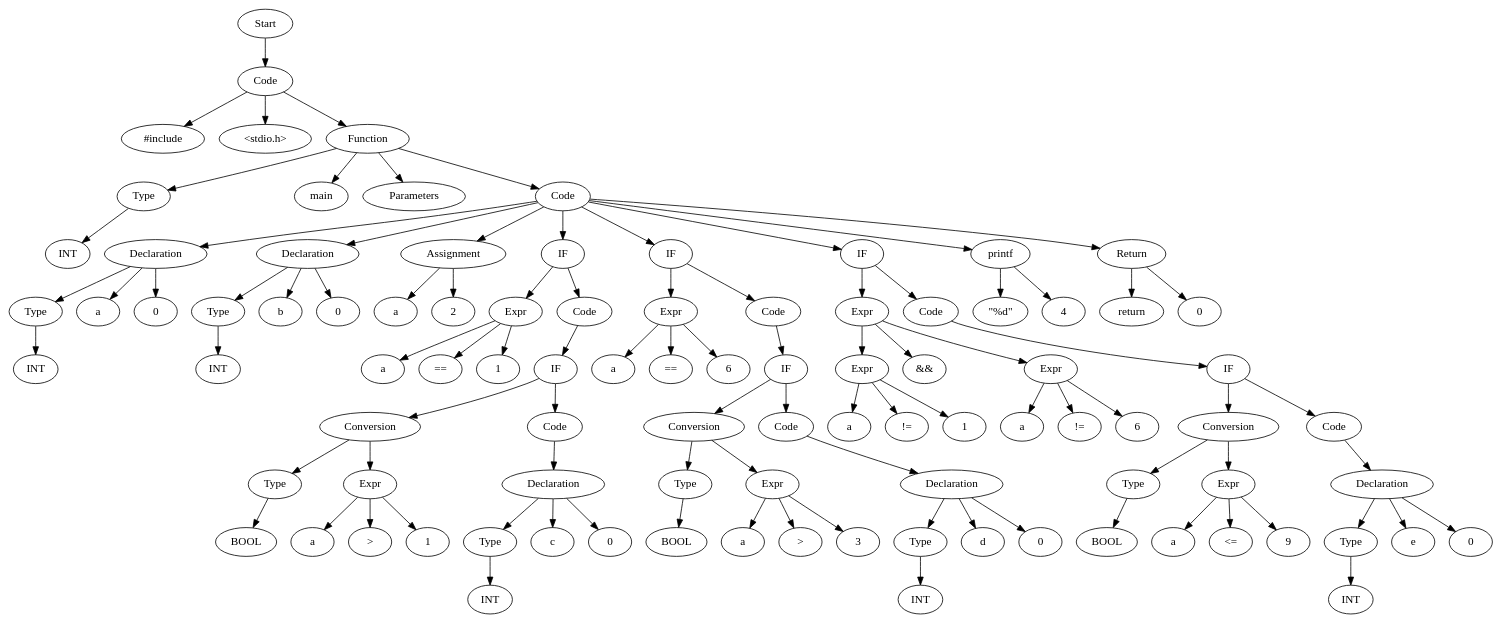
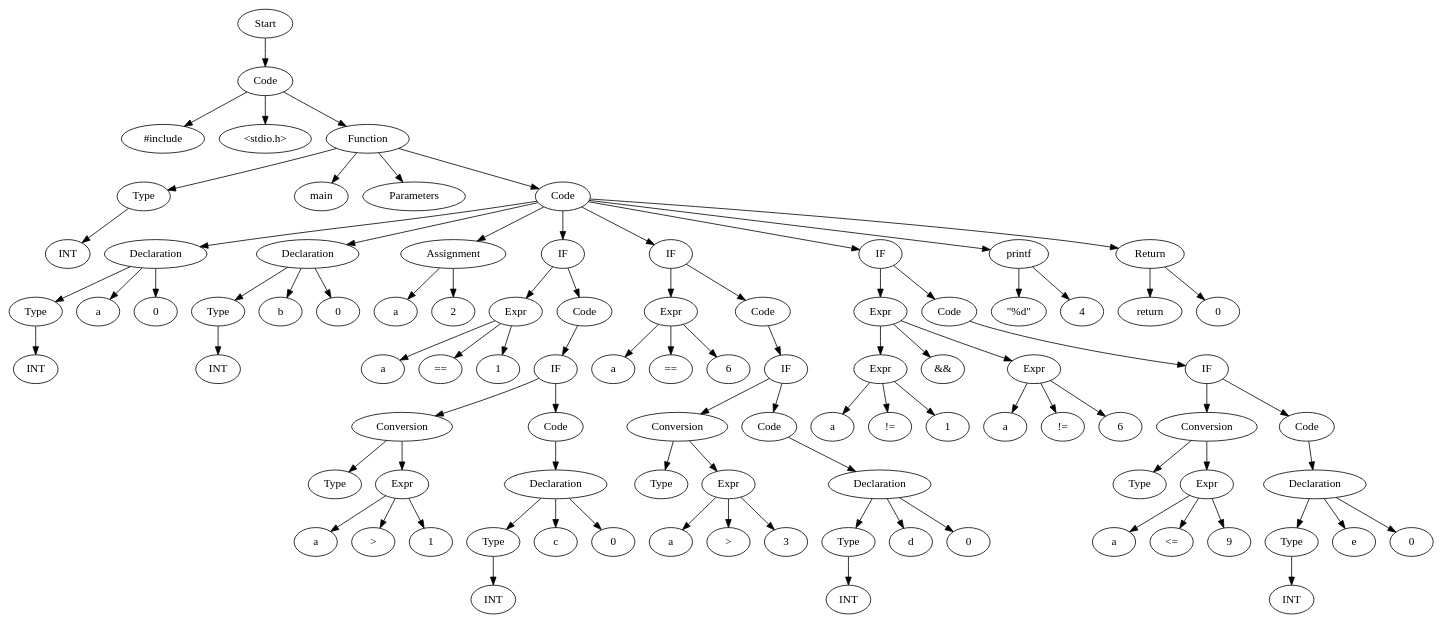
One commit to Are-you-listening/Compilers changed the diagram in TestCases/ASTTests/SwitchTests/createTests/read_file_after.dot. Above: the diagram before and after it, drawn with Graphviz. The commit also changed 165 other files, not shown here.

```diff
--- a/TestCases/ASTTests/SwitchTests/createTests/read_file_after.dot
+++ b/TestCases/ASTTests/SwitchTests/createTests/read_file_after.dot
@@ -1,191 +1,185 @@
 digraph AST {
-  "127171274178224" [label="Start"];
-  "127171274178224" -> "127171274337600";
-  "127171274337600" [label="Code"];
-  "127171274337600" -> "127171274335248";
-  "127171274337600" -> "127171274329200";
-  "127171274337600" -> "127171274331504";
-  "127171274335248" [label="#include"];
-  "127171274329200" [label="<stdio.h>"];
-  "127171274331504" [label="Function"];
-  "127171274331504" -> "127171274331120";
-  "127171274331504" -> "127171274330352";
-  "127171274331504" -> "127171274337984";
-  "127171274331504" -> "127171274333136";
-  "127171274331120" [label="Type"];
-  "127171274331120" -> "127171274336544";
-  "127171274336544" [label="INT"];
-  "127171274330352" [label="main"];
-  "127171274337984" [label="Parameters"];
-  "127171274333136" [label="Code"];
-  "127171274333136" -> "127171274336592";
-  "127171274333136" -> "127171274342112";
-  "127171274333136" -> "127171274331312";
-  "127171274333136" -> "127171274340096";
-  "127171274333136" -> "127171274328576";
-  "127171274333136" -> "127171274408432";
-  "127171274333136" -> "127171274418416";
-  "127171274333136" -> "127171274420720";
-  "127171274336592" [label="Declaration"];
-  "127171274336592" -> "127171274332704";
-  "127171274336592" -> "127171274336976";
-  "127171274336592" -> "127171274335632";
-  "127171274332704" [label="Type"];
-  "127171274332704" -> "127171274326272";
-  "127171274326272" [label="INT"];
-  "127171274336976" [label="a"];
-  "127171274335632" [label="0"];
-  "127171274342112" [label="Declaration"];
-  "127171274342112" -> "127171274342016";
-  "127171274342112" -> "127171274329392";
-  "127171274342112" -> "127171274331360";
-  "127171274342016" [label="Type"];
-  "127171274342016" -> "127171274338704";
-  "127171274338704" [label="INT"];
-  "127171274329392" [label="b"];
-  "127171274331360" [label="0"];
-  "127171274331312" [label="Assignment"];
-  "127171274331312" -> "127171274326560";
-  "127171274331312" -> "127171274327136";
-  "127171274326560" [label="a"];
-  "127171274327136" [label="2"];
-  "127171274340096" [label="IF"];
-  "127171274340096" -> "127171274339808";
-  "127171274340096" -> "127171274338848";
-  "127171274339808" [label="Expr"];
-  "127171274339808" -> "127171274331216";
-  "127171274339808" -> "127171274326896";
-  "127171274339808" -> "127171274338800";
-  "127171274331216" [label="a"];
-  "127171274326896" [label="=="];
-  "127171274338800" [label="1"];
-  "127171274338848" [label="Code"];
-  "127171274338848" -> "127171274328432";
-  "127171274328432" [label="IF"];
-  "127171274328432" -> "127171274338896";
-  "127171274328432" -> "127171274335488";
-  "127171274338896" [label="Conversion"];
-  "127171274338896" -> "127171274326656";
-  "127171274338896" -> "127171274336304";
-  "127171274326656" [label="Type"];
-  "127171274326656" -> "127171274330304";
-  "127171274330304" [label="BOOL"];
-  "127171274336304" [label="Expr"];
-  "127171274336304" -> "127171274338032";
-  "127171274336304" -> "127171274335584";
-  "127171274336304" -> "127171274334048";
-  "127171274338032" [label="a"];
-  "127171274335584" [label=">"];
-  "127171274334048" [label="1"];
-  "127171274335488" [label="Code"];
-  "127171274335488" -> "127171274329104";
-  "127171274329104" [label="Declaration"];
-  "127171274329104" -> "127171274416592";
-  "127171274329104" -> "127171274416400";
-  "127171274329104" -> "127171274416160";
-  "127171274416592" [label="Type"];
-  "127171274416592" -> "127171274416496";
-  "127171274416496" [label="INT"];
-  "127171274416400" [label="c"];
-  "127171274416160" [label="0"];
-  "127171274328576" [label="IF"];
-  "127171274328576" -> "127171274416064";
-  "127171274328576" -> "127171274411792";
-  "127171274416064" [label="Expr"];
-  "127171274416064" -> "127171274414768";
-  "127171274416064" -> "127171274415920";
-  "127171274416064" -> "127171274410880";
-  "127171274414768" [label="a"];
-  "127171274415920" [label="=="];
-  "127171274410880" [label="6"];
-  "127171274411792" [label="Code"];
-  "127171274411792" -> "127171274410064";
-  "127171274410064" [label="IF"];
-  "127171274410064" -> "127171274408240";
-  "127171274410064" -> "127171274412416";
-  "127171274408240" [label="Conversion"];
-  "127171274408240" -> "127171274413904";
-  "127171274408240" -> "127171274410304";
-  "127171274413904" [label="Type"];
-  "127171274413904" -> "127171274413808";
-  "127171274413808" [label="BOOL"];
-  "127171274410304" [label="Expr"];
-  "127171274410304" -> "127171274410208";
-  "127171274410304" -> "127171274412944";
-  "127171274410304" -> "127171274412752";
-  "127171274410208" [label="a"];
-  "127171274412944" [label=">"];
-  "127171274412752" [label="3"];
-  "127171274412416" [label="Code"];
-  "127171274412416" -> "127171274412128";
-  "127171274412128" [label="Declaration"];
-  "127171274412128" -> "127171274411312";
-  "127171274412128" -> "127171274409104";
-  "127171274412128" -> "127171274413328";
-  "127171274411312" [label="Type"];
-  "127171274411312" -> "127171274409152";
-  "127171274409152" [label="INT"];
-  "127171274409104" [label="d"];
-  "127171274413328" [label="0"];
-  "127171274408432" [label="IF"];
-  "127171274408432" -> "127171274413280";
-  "127171274408432" -> "127171274418176";
-  "127171274413280" [label="Expr"];
-  "127171274413280" -> "127171274411552";
-  "127171274413280" -> "127171274417504";
-  "127171274413280" -> "127171274417648";
-  "127171274411552" [label="Expr"];
-  "127171274411552" -> "127171274415824";
-  "127171274411552" -> "127171274417264";
-  "127171274411552" -> "127171274417408";
-  "127171274415824" [label="a"];
-  "127171274417264" [label="!="];
-  "127171274417408" [label="1"];
-  "127171274417504" [label="&&"];
-  "127171274417648" [label="Expr"];
-  "127171274417648" -> "127171274417840";
-  "127171274417648" -> "127171274417984";
-  "127171274417648" -> "127171274418128";
-  "127171274417840" [label="a"];
-  "127171274417984" [label="!="];
-  "127171274418128" [label="6"];
-  "127171274418176" [label="Code"];
-  "127171274418176" -> "127171274418368";
-  "127171274418368" [label="IF"];
-  "127171274418368" -> "127171274418560";
-  "127171274418368" -> "127171274419568";
-  "127171274418560" [label="Conversion"];
-  "127171274418560" -> "127171274418752";
-  "127171274418560" -> "127171274419040";
-  "127171274418752" [label="Type"];
-  "127171274418752" -> "127171274418944";
-  "127171274418944" [label="BOOL"];
-  "127171274419040" [label="Expr"];
-  "127171274419040" -> "127171274419232";
-  "127171274419040" -> "127171274419376";
-  "127171274419040" -> "127171274419520";
-  "127171274419232" [label="a"];
-  "127171274419376" [label="<="];
-  "127171274419520" [label="9"];
-  "127171274419568" [label="Code"];
-  "127171274419568" -> "127171274419760";
-  "127171274419760" [label="Declaration"];
-  "127171274419760" -> "127171274419952";
-  "127171274419760" -> "127171274420240";
-  "127171274419760" -> "127171274420384";
-  "127171274419952" [label="Type"];
-  "127171274419952" -> "127171274420144";
-  "127171274420144" [label="INT"];
-  "127171274420240" [label="e"];
-  "127171274420384" [label="0"];
-  "127171274418416" [label="printf"];
-  "127171274418416" -> "127171274420480";
-  "127171274418416" -> "127171274420624";
-  "127171274420480" [label="\"%d\""];
-  "127171274420624" [label="4"];
-  "127171274420720" [label="Return"];
-  "127171274420720" -> "127171274420912";
-  "127171274420720" -> "127171274421056";
-  "127171274420912" [label="return"];
-  "127171274421056" [label="0"];
+  "137831144207888" [label="Start"];
+  "137831144207888" -> "137831144386192";
+  "137831144386192" [label="Code"];
+  "137831144386192" -> "137831144386384";
+  "137831144386192" -> "137831144384464";
+  "137831144386192" -> "137831144387584";
+  "137831144386384" [label="#include"];
+  "137831144384464" [label="<stdio.h>"];
+  "137831144387584" [label="Function"];
+  "137831144387584" -> "137831144376352";
+  "137831144387584" -> "137831144385616";
+  "137831144387584" -> "137831144380240";
+  "137831144387584" -> "137831144388976";
+  "137831144376352" [label="Type"];
+  "137831144376352" -> "137831144377504";
+  "137831144377504" [label="INT"];
+  "137831144385616" [label="main"];
+  "137831144380240" [label="Parameters"];
+  "137831144388976" [label="Code"];
+  "137831144388976" -> "137831144390608";
+  "137831144388976" -> "137831144377216";
+  "137831144388976" -> "137831144375920";
+  "137831144388976" -> "137831144377648";
+  "137831144388976" -> "137831144491424";
+  "137831144388976" -> "137831144491232";
+  "137831144388976" -> "137831144504720";
+  "137831144388976" -> "137831144501792";
+  "137831144390608" [label="Declaration"];
+  "137831144390608" -> "137831144384944";
+  "137831144390608" -> "137831144379088";
+  "137831144390608" -> "137831144389408";
+  "137831144384944" [label="Type"];
+  "137831144384944" -> "137831144382592";
+  "137831144382592" [label="INT"];
+  "137831144379088" [label="a"];
+  "137831144389408" [label="0"];
+  "137831144377216" [label="Declaration"];
+  "137831144377216" -> "137831144385040";
+  "137831144377216" -> "137831144374576";
+  "137831144377216" -> "137831144387344";
+  "137831144385040" [label="Type"];
+  "137831144385040" -> "137831144381200";
+  "137831144381200" [label="INT"];
+  "137831144374576" [label="b"];
+  "137831144387344" [label="0"];
+  "137831144375920" [label="Assignment"];
+  "137831144375920" -> "137831144375536";
+  "137831144375920" -> "137831144377072";
+  "137831144375536" [label="a"];
+  "137831144377072" [label="2"];
+  "137831144377648" [label="IF"];
+  "137831144377648" -> "137831144388304";
+  "137831144377648" -> "137831144390176";
+  "137831144388304" [label="Expr"];
+  "137831144388304" -> "137831144387680";
+  "137831144388304" -> "137831144377744";
+  "137831144388304" -> "137831144375248";
+  "137831144387680" [label="a"];
+  "137831144377744" [label="=="];
+  "137831144375248" [label="1"];
+  "137831144390176" [label="Code"];
+  "137831144390176" -> "137831144491328";
+  "137831144491328" [label="IF"];
+  "137831144491328" -> "137831144496176";
+  "137831144491328" -> "137831144493440";
+  "137831144496176" [label="Conversion"];
+  "137831144496176" -> "137831144495360";
+  "137831144496176" -> "137831144491760";
+  "137831144495360" [label="Type"];
+  "137831144491760" [label="Expr"];
+  "137831144491760" -> "137831144490992";
+  "137831144491760" -> "137831144490800";
+  "137831144491760" -> "137831144493536";
+  "137831144490992" [label="a"];
+  "137831144490800" [label=">"];
+  "137831144493536" [label="1"];
+  "137831144493440" [label="Code"];
+  "137831144493440" -> "137831144499104";
+  "137831144499104" [label="Declaration"];
+  "137831144499104" -> "137831144495552";
+  "137831144499104" -> "137831144498048";
+  "137831144499104" -> "137831144495984";
+  "137831144495552" [label="Type"];
+  "137831144495552" -> "137831144498096";
+  "137831144498096" [label="INT"];
+  "137831144498048" [label="c"];
+  "137831144495984" [label="0"];
+  "137831144491424" [label="IF"];
+  "137831144491424" -> "137831144492816";
+  "137831144491424" -> "137831144496416";
+  "137831144492816" [label="Expr"];
+  "137831144492816" -> "137831144497472";
+  "137831144492816" -> "137831144489792";
+  "137831144492816" -> "137831144489600";
+  "137831144497472" [label="a"];
+  "137831144489792" [label="=="];
+  "137831144489600" [label="6"];
+  "137831144496416" [label="Code"];
+  "137831144496416" -> "137831144491280";
+  "137831144491280" [label="IF"];
+  "137831144491280" -> "137831144496800";
+  "137831144491280" -> "137831144497568";
+  "137831144496800" [label="Conversion"];
+  "137831144496800" -> "137831144493680";
+  "137831144496800" -> "137831144499296";
+  "137831144493680" [label="Type"];
+  "137831144499296" [label="Expr"];
+  "137831144499296" -> "137831144498288";
+  "137831144499296" -> "137831144493152";
+  "137831144499296" -> "137831144497712";
+  "137831144498288" [label="a"];
+  "137831144493152" [label=">"];
+  "137831144497712" [label="3"];
+  "137831144497568" [label="Code"];
+  "137831144497568" -> "137831144494544";
+  "137831144494544" [label="Declaration"];
+  "137831144494544" -> "137831144492336";
+  "137831144494544" -> "137831144502800";
+  "137831144494544" -> "137831144502944";
+  "137831144492336" [label="Type"];
+  "137831144492336" -> "137831144502704";
+  "137831144502704" [label="INT"];
+  "137831144502800" [label="d"];
+  "137831144502944" [label="0"];
+  "137831144491232" [label="IF"];
+  "137831144491232" -> "137831144503040";
+  "137831144491232" -> "137831144504480";
+  "137831144503040" [label="Expr"];
+  "137831144503040" -> "137831144503232";
+  "137831144503040" -> "137831144503808";
+  "137831144503040" -> "137831144503952";
+  "137831144503232" [label="Expr"];
+  "137831144503232" -> "137831144503424";
+  "137831144503232" -> "137831144503568";
+  "137831144503232" -> "137831144503712";
+  "137831144503424" [label="a"];
+  "137831144503568" [label="!="];
+  "137831144503712" [label="1"];
+  "137831144503808" [label="&&"];
+  "137831144503952" [label="Expr"];
+  "137831144503952" -> "137831144504144";
+  "137831144503952" -> "137831144504288";
+  "137831144503952" -> "137831144504432";
+  "137831144504144" [label="a"];
+  "137831144504288" [label="!="];
+  "137831144504432" [label="6"];
+  "137831144504480" [label="Code"];
+  "137831144504480" -> "137831144504672";
+  "137831144504672" [label="IF"];
+  "137831144504672" -> "137831144504864";
+  "137831144504672" -> "137831144636960";
+  "137831144504864" [label="Conversion"];
+  "137831144504864" -> "137831144505152";
+  "137831144504864" -> "137831144505296";
+  "137831144505152" [label="Type"];
+  "137831144505296" [label="Expr"];
+  "137831144505296" -> "137831144636624";
+  "137831144505296" -> "137831144636768";
+  "137831144505296" -> "137831144636912";
+  "137831144636624" [label="a"];
+  "137831144636768" [label="<="];
+  "137831144636912" [label="9"];
+  "137831144636960" [label="Code"];
+  "137831144636960" -> "137831144637152";
+  "137831144637152" [label="Declaration"];
+  "137831144637152" -> "137831144637344";
+  "137831144637152" -> "137831144637632";
+  "137831144637152" -> "137831144637776";
+  "137831144637344" [label="Type"];
+  "137831144637344" -> "137831144637536";
+  "137831144637536" [label="INT"];
+  "137831144637632" [label="e"];
+  "137831144637776" [label="0"];
+  "137831144504720" [label="printf"];
+  "137831144504720" -> "137831144637872";
+  "137831144504720" -> "137831144501936";
+  "137831144637872" [label="\"%d\""];
+  "137831144501936" [label="4"];
+  "137831144501792" [label="Return"];
+  "137831144501792" -> "137831144501600";
+  "137831144501792" -> "137831144501360";
+  "137831144501600" [label="return"];
+  "137831144501360" [label="0"];
 }
```
